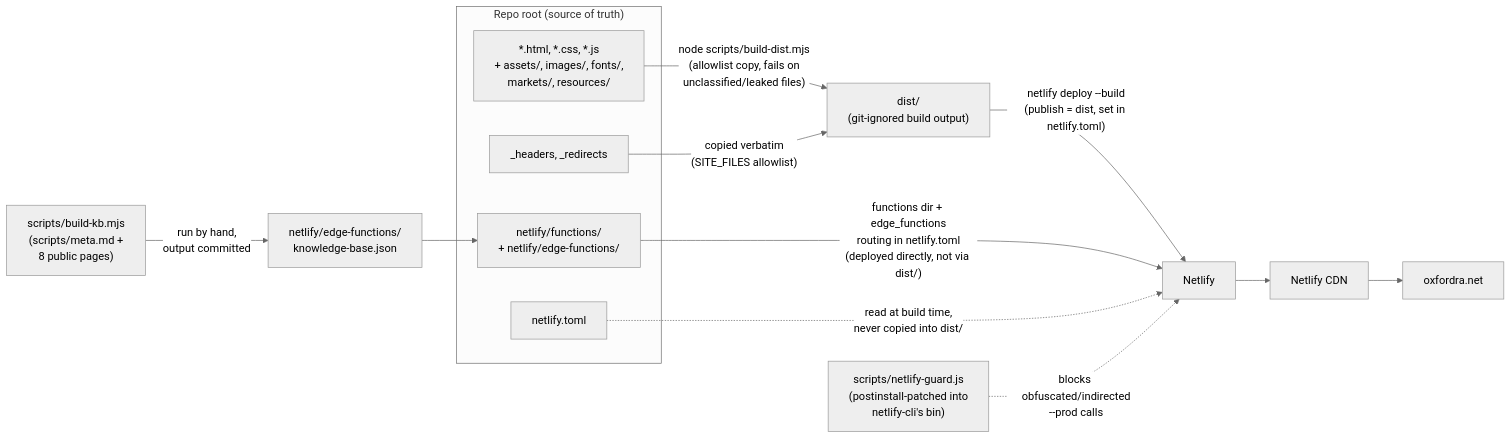
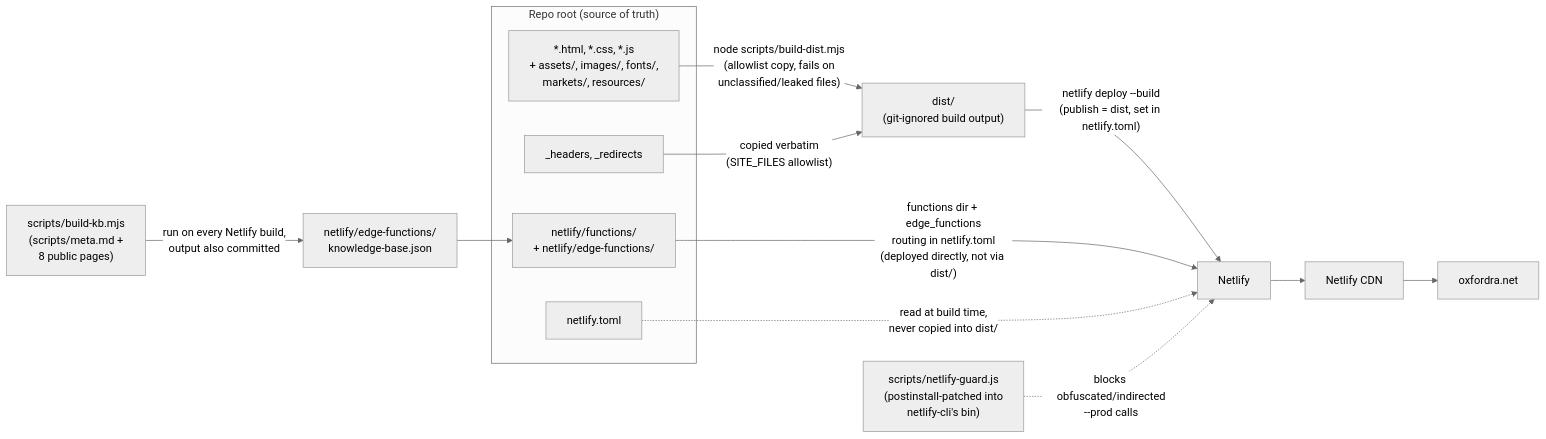
One commit to ZeOoba/Website changed the first of 3 diagrams in README.md. Above: the diagram before and after it, drawn with Mermaid (neutral theme). The commit also changed other lines of this file and 2 other files, not shown here.

Commit message:
fix(build): wire build-kb.mjs into the Netlify build command
OI-165: the chat assistant's knowledge-base.json was regenerated by hand
and committed separately -- editing a page (or scripts/meta.md) didn't
change what the assistant knew until someone remembered to re-run
build-kb.mjs. Chained it into the build command
(node scripts/build-kb.mjs && node scripts/build-dist.mjs) so every
deploy regenerates it from current content first.

Verified locally end to end: build-kb.mjs regenerated knowledge-base.json
(9 pages, 37,327 chars -- only the generatedAt timestamp changed vs. the
prior committed copy, confirming content hadn't actually drifted since
the last manual run), and build-dist.mjs's own required-file/leak/
HTML-count checks all passed. No deploy performed as part of this change.

````diff
--- a/README.md
+++ b/README.md
@@ -9,24 +9,24 @@
 ```mermaid
 flowchart LR
     subgraph Source["Repo root (source of truth)"]
         HTML["*.html, *.css, *.js\n+ assets/, images/, fonts/,\nmarkets/, resources/"]
         PLAT["_headers, _redirects"]
         FN["netlify/functions/\n+ netlify/edge-functions/"]
         CFG["netlify.toml"]
     end
 
     HTML -->|"node scripts/build-dist.mjs\n(allowlist copy, fails on\nunclassified/leaked files)"| DIST["dist/\n(git-ignored build output)"]
     PLAT -->|"copied verbatim\n(SITE_FILES allowlist)"| DIST
 
-    KB["scripts/build-kb.mjs\n(scripts/meta.md +\n8 public pages)"] -->|"run by hand,\noutput committed"| KBJSON["netlify/edge-functions/\nknowledge-base.json"]
+    KB["scripts/build-kb.mjs\n(scripts/meta.md +\n8 public pages)"] -->|"run on every Netlify build,\noutput also committed"| KBJSON["netlify/edge-functions/\nknowledge-base.json"]
     KBJSON --> FN
 
     DIST -->|"netlify deploy --build\n(publish = dist, set in netlify.toml)"| NETLIFY["Netlify"]
     FN -->|"functions dir + edge_functions\nrouting in netlify.toml\n(deployed directly, not via dist/)"| NETLIFY
     CFG -.->|"read at build time,\nnever copied into dist/"| NETLIFY
 
     NETLIFY --> CDN["Netlify CDN"]
     CDN --> LIVE["oxfordra.net"]
 
     GUARD["scripts/netlify-guard.js\n(postinstall-patched into\nnetlify-cli's bin)"] -.->|"blocks obfuscated/indirected\n--prod calls"| NETLIFY
 ```
````
